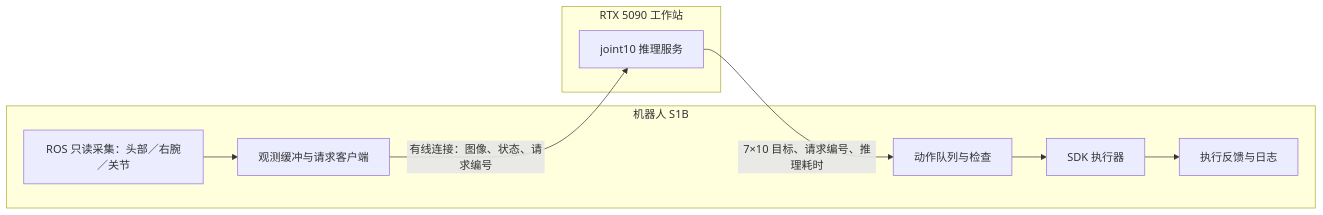
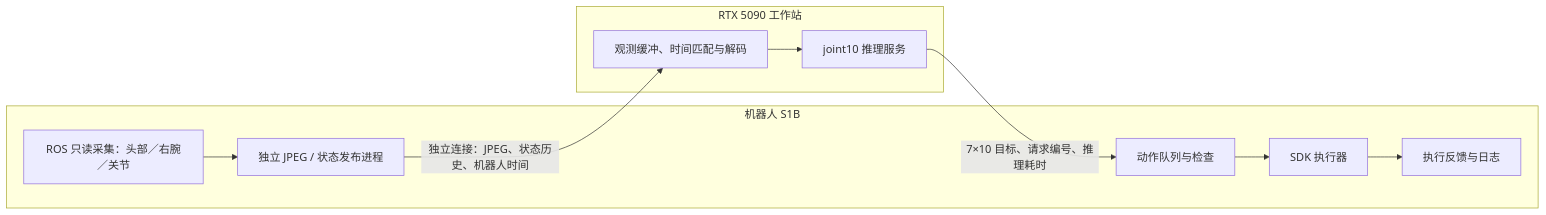
Before and after one commit to RBM-TowerGO/PressButton: the diagram in docs/plan/astribot_s1b_5090_deployment/README.md, drawn with Mermaid. The commit also changed other lines of this file and 68 other files, not shown here.

````diff
--- a/docs/plan/astribot_s1b_5090_deployment/README.md
+++ b/docs/plan/astribot_s1b_5090_deployment/README.md
@@ -30,13 +33,13 @@
 ```mermaid
 flowchart LR
     subgraph S1B[机器人 S1B]
-        S[ROS 只读采集：头部／右腕／关节] --> B[观测缓冲与请求客户端]
+        S[ROS 只读采集：头部／右腕／关节] --> B[独立 JPEG / 状态发布进程]
         Q[动作队列与检查] --> E[SDK 执行器]
         E --> L[执行反馈与日志]
     end
     subgraph PC[RTX 5090 工作站]
-        I[joint10 推理服务]
+        O[观测缓冲、时间匹配与解码] --> I[joint10 推理服务]
     end
-    B -->|有线连接：图像、状态、请求编号| I
+    B -->|独立连接：JPEG、状态历史、机器人时间| O
     I -->|7×10 目标、请求编号、推理耗时| Q
 ```
````
